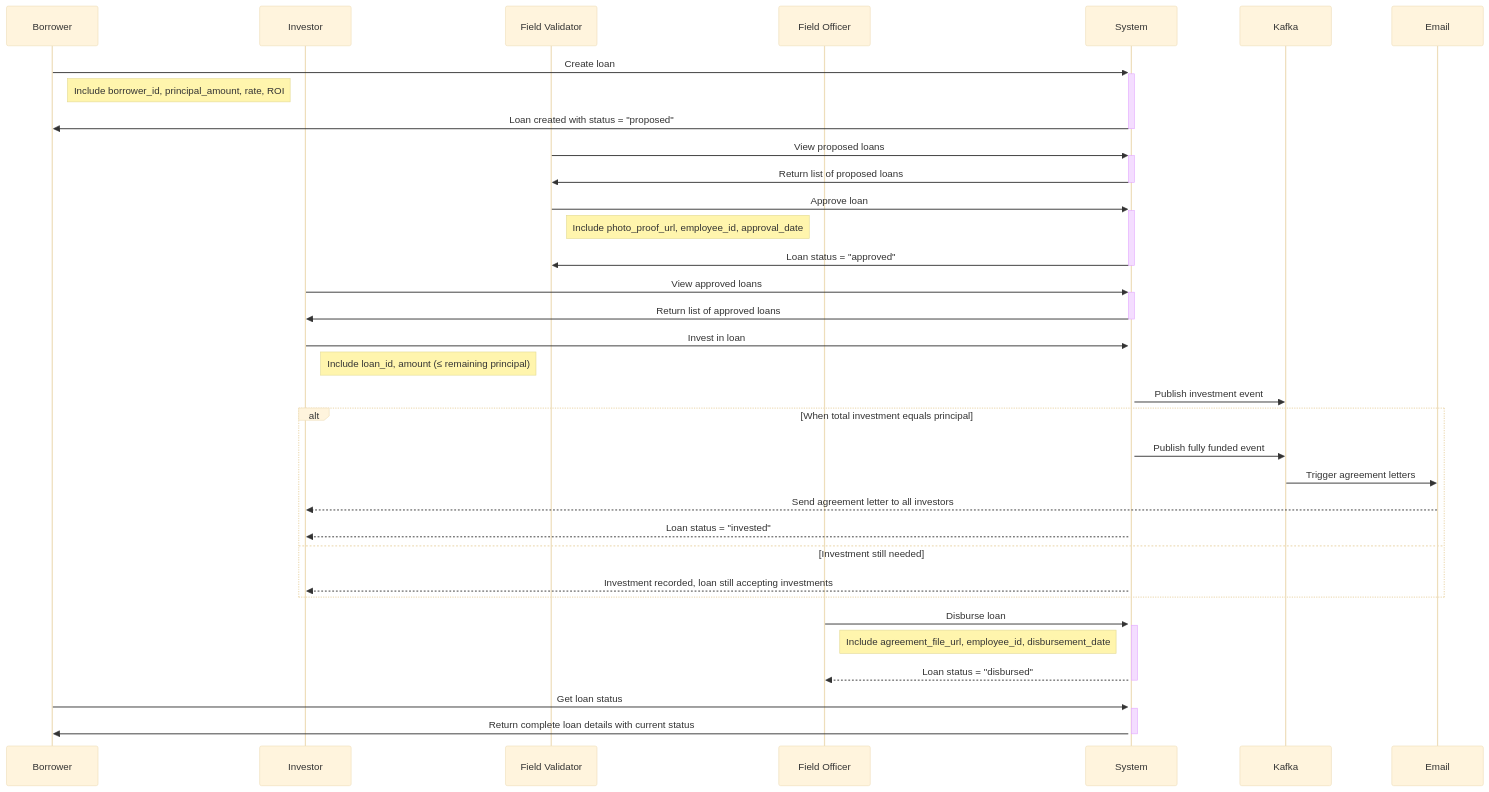
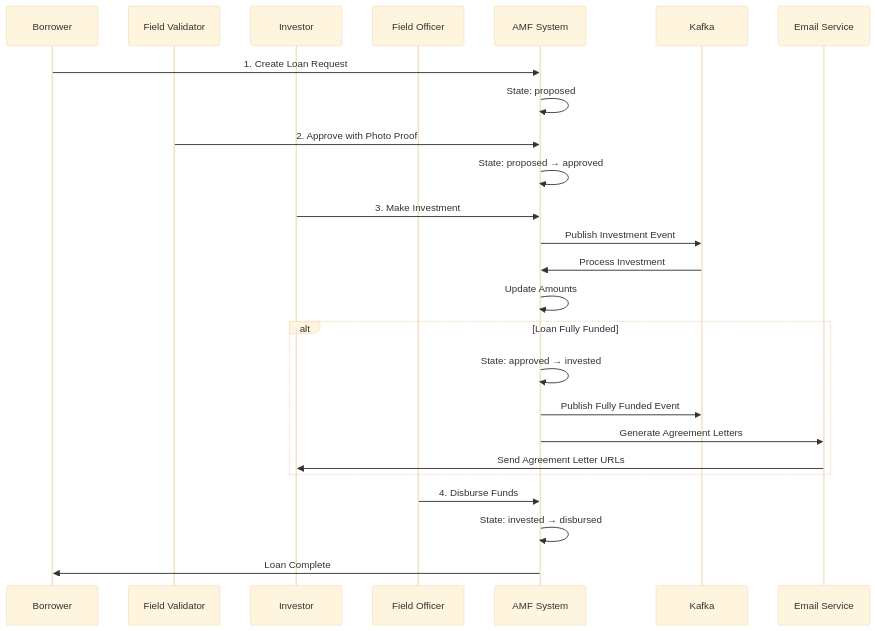
One commit to sigitisme/amf-loan-service changed the diagram in README.md. Above: the diagram before and after it, drawn with Mermaid (base theme). The commit also changed other lines of this file and 10 other files, not shown here.

````diff
--- a/README.md
+++ b/README.md
@@ -396,44 +876,32 @@
 ```mermaid
 sequenceDiagram
-    participant Borrower
-    participant Investor
-    participant Validator as Field Validator
-    participant Officer as Field Officer
-    participant System
-    participant Kafka
-    participant Email
+    participant B as Borrower
+    participant V as Field Validator
+    participant I as Investor
+    participant O as Field Officer
+    participant S as AMF System
+    participant K as Kafka
+    participant E as Email Service
 
-    Borrower->>+System: Create loan
-    Note right of Borrower: Include borrower_id, principal_amount, rate, ROI
-    System->>-Borrower: Loan created with status = "proposed"
+    B->>S: 1. Create Loan Request
+    S->>S: State: proposed
 
-    Validator->>+System: View proposed loans
-    System->>-Validator: Return list of proposed loans
+    V->>S: 2. Approve with Photo Proof
+    S->>S: State: proposed → approved
 
-    Validator->>+System: Approve loan
-    Note right of Validator: Include photo_proof_url, employee_id, approval_date
-    System->>-Validator: Loan status = "approved"
+    I->>S: 3. Make Investment
+    S->>K: Publish Investment Event
+    K->>S: Process Investment
+    S->>S: Update Amounts
 
-    Investor->>+System: View approved loans
-    System->>-Investor: Return list of approved loans
-
-    Investor->>+System: Invest in loan
-    Note right of Investor: Include loan_id, amount (≤ remaining principal)
-    System->>Kafka: Publish investment event
-
-    alt When total investment equals principal
-        System->>Kafka: Publish fully funded event
-        Kafka->>Email: Trigger agreement letters
-        Email-->>Investor: Send agreement letter to all investors
-        System-->>Investor: Loan status = "invested"
-    else Investment still needed
-        System-->>Investor: Investment recorded, loan still accepting investments
+    alt Loan Fully Funded
+        S->>S: State: approved → invested
+        S->>K: Publish Fully Funded Event
+        S->>E: Generate Agreement Letters
+        E->>I: Send Agreement Letter URLs
     end
 
-    Officer->>+System: Disburse loan
-    Note right of Officer: Include agreement_file_url, employee_id, disbursement_date
-    System-->>-Officer: Loan status = "disbursed"
-
-    Borrower->>+System: Get loan status
-    System->>-Borrower: Return complete loan details with current status
+    O->>S: 4. Disburse Funds
+    S->>S: State: invested → disbursed
+    S->>B: Loan Complete
 ```
````
